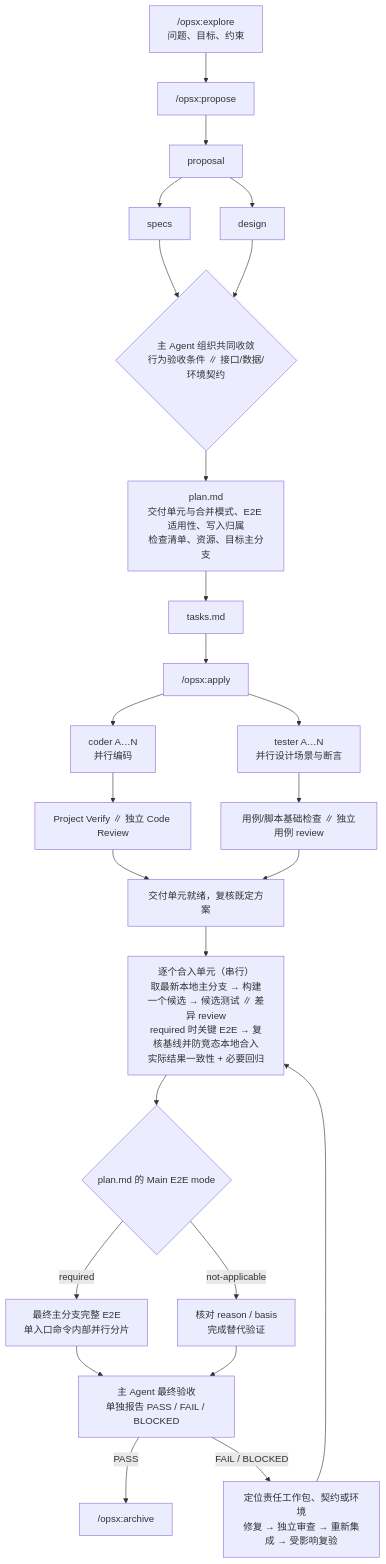
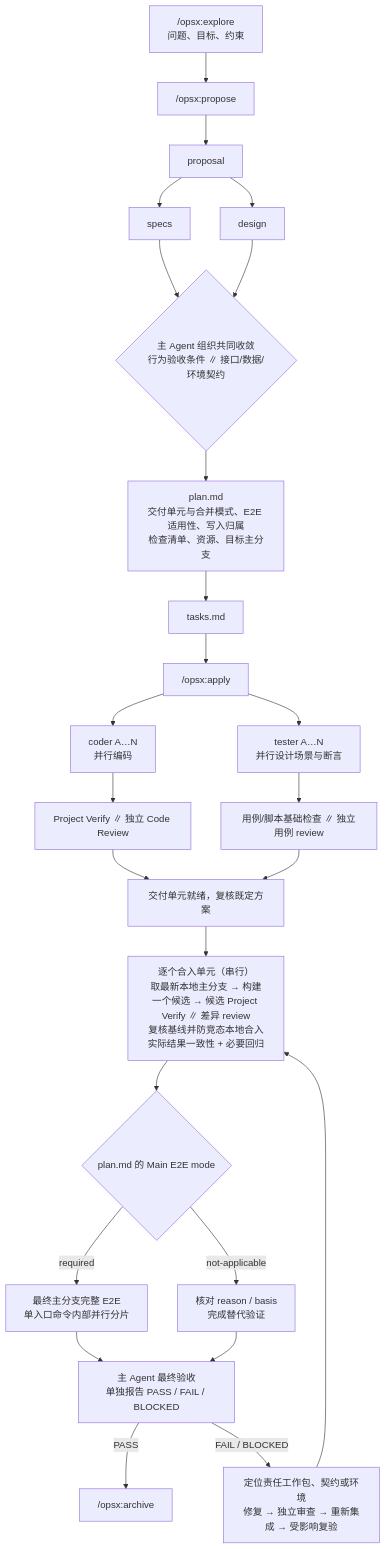
Before and after one commit to lindongfang/acp-remote: the diagram in openspec/schemas/agentic/README.md, drawn with Mermaid. The commit also changed other lines of this file and 32 other files, not shown here.

````diff
--- a/openspec/schemas/agentic/README.md
+++ b/openspec/schemas/agentic/README.md
@@ -79,27 +80,27 @@
 ```mermaid
 flowchart TD
   E["/opsx:explore<br/>问题、目标、约束"] --> P["/opsx:propose"]
   P --> PROP[proposal]
   PROP --> SP[specs]
   PROP --> DE[design]
   SP --> CONV{"主 Agent 组织共同收敛<br/>行为验收条件 ∥ 接口/数据/环境契约"}
   DE --> CONV
   CONV --> PLAN["plan.md<br/>交付单元与合并模式、E2E 适用性、写入归属<br/>检查清单、资源、目标主分支"]
   PLAN --> TASKS[tasks.md]
   TASKS --> AP["/opsx:apply"]
   AP --> IMPL["coder A…N<br/>并行编码"]
   AP --> TEST["tester A…N<br/>并行设计场景与断言"]
   IMPL --> V1["Project Verify ∥ 独立 Code Review"]
   TEST --> V2["用例/脚本基础检查 ∥ 独立用例 review"]
   V1 --> UNIT[交付单元就绪，复核既定方案]
   V2 --> UNIT
-  UNIT --> LOOP["逐个合入单元（串行）<br/>取最新本地主分支 → 构建一个候选 → 候选测试 ∥ 差异 review<br/>required 时关键 E2E → 复核基线并防竞态本地合入<br/>实际结果一致性 + 必要回归"]
+  UNIT --> LOOP["逐个合入单元（串行）<br/>取最新本地主分支 → 构建一个候选 → 候选 Project Verify ∥ 差异 review<br/>复核基线并防竞态本地合入<br/>实际结果一致性 + 必要回归"]
   LOOP --> MODE{"plan.md 的 Main E2E mode"}
   MODE -->|required| E2E["最终主分支完整 E2E<br/>单入口命令内部并行分片"]
   MODE -->|not-applicable| ALT["核对 reason / basis<br/>完成替代验证"]
   E2E --> FINAL["主 Agent 最终验收<br/>单独报告 PASS / FAIL / BLOCKED"]
   ALT --> FINAL
   FINAL -->|PASS| ARCH["/opsx:archive"]
   FINAL -->|FAIL / BLOCKED| FIX["定位责任工作包、契约或环境<br/>修复 → 独立审查 → 重新集成 → 受影响复验"]
   FIX --> LOOP
 ```
````
